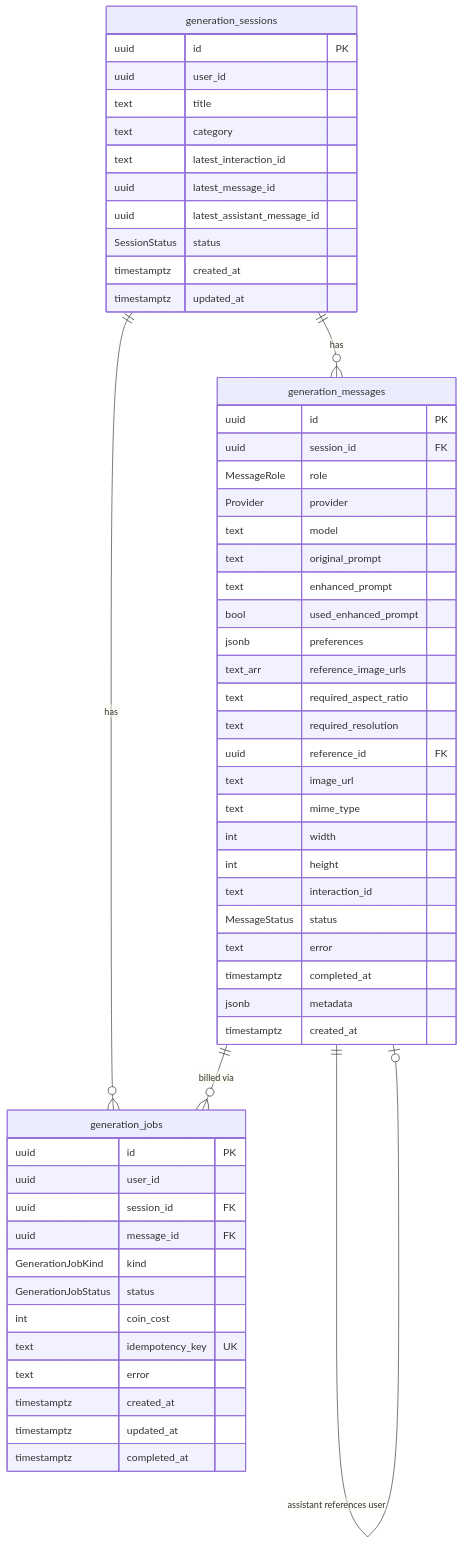
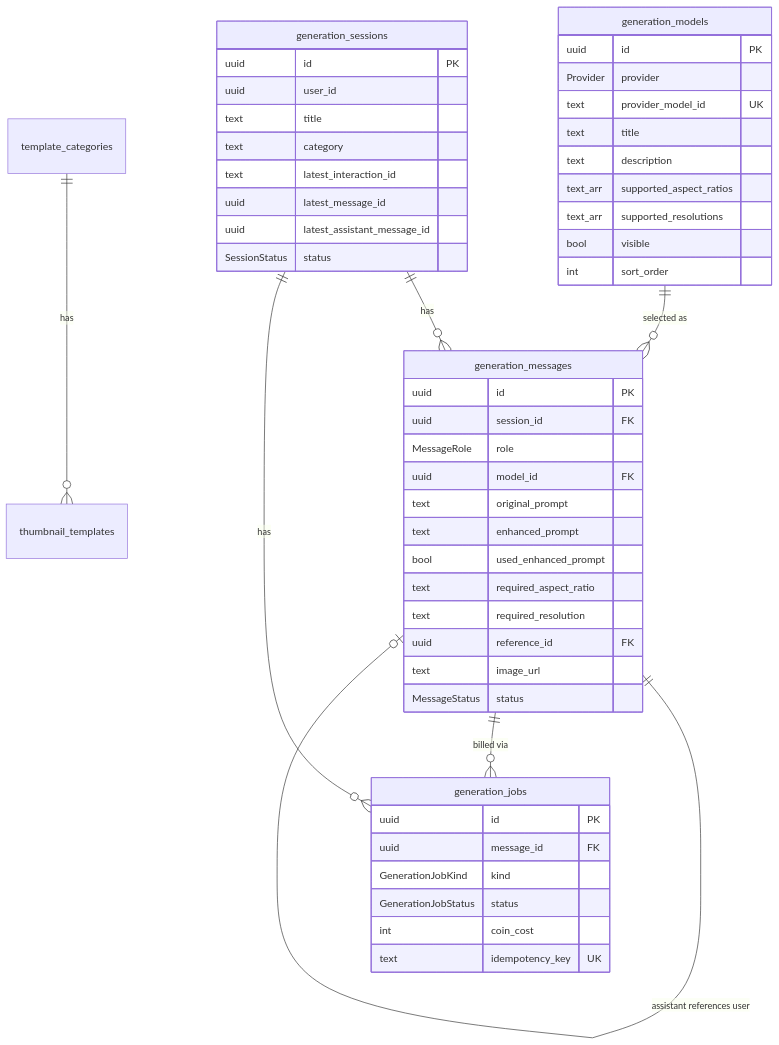
One commit to AbhishekNavgan95/ThumbCraft changed the first of 2 diagrams in apps/generation-worker/prisma/SCHEMA.md. Above: the diagram before and after it, drawn with Mermaid. The commit also changed other lines of this file and 5 other files, not shown here.

First line of the commit message:
Enhance generation worker with model catalog and seeding functionality

````diff
--- a/apps/generation-worker/prisma/SCHEMA.md
+++ b/apps/generation-worker/prisma/SCHEMA.md
@@ -11,61 +11,56 @@
 ```mermaid
 erDiagram
+  generation_models ||--o{ generation_messages : "selected as"
   generation_sessions ||--o{ generation_messages : "has"
   generation_sessions ||--o{ generation_jobs : "has"
   generation_messages ||--o| generation_messages : "assistant references user"
   generation_messages ||--o{ generation_jobs : "billed via"
+  template_categories ||--o{ thumbnail_templates : "has"
+
+  generation_models {
+    uuid id PK
+    Provider provider
+    text provider_model_id UK
+    text title
+    text description
+    text_arr supported_aspect_ratios
+    text_arr supported_resolutions
+    bool visible
+    int sort_order
+  }
 
   generation_sessions {
     uuid id PK
     uuid user_id
     text title
     text category
     text latest_interaction_id
     uuid latest_message_id
     uuid latest_assistant_message_id
     SessionStatus status
-    timestamptz created_at
-    timestamptz updated_at
   }
 
   generation_messages {
     uuid id PK
     uuid session_id FK
     MessageRole role
-    Provider provider
-    text model
+    uuid model_id FK
     text original_prompt
     text enhanced_prompt
     bool used_enhanced_prompt
-    jsonb preferences
-    text_arr reference_image_urls
     text required_aspect_ratio
     text required_resolution
     uuid reference_id FK
     text image_url
-    text mime_type
-    int width
-    int height
-    text interaction_id
     MessageStatus status
-    text error
-    timestamptz completed_at
-    jsonb metadata
-    timestamptz created_at
   }
 
   generation_jobs {
     uuid id PK
-    uuid user_id
-    uuid session_id FK
     uuid message_id FK
     GenerationJobKind kind
     GenerationJobStatus status
     int coin_cost
     text idempotency_key UK
-    text error
-    timestamptz created_at
-    timestamptz updated_at
-    timestamptz completed_at
   }
 ```
````
